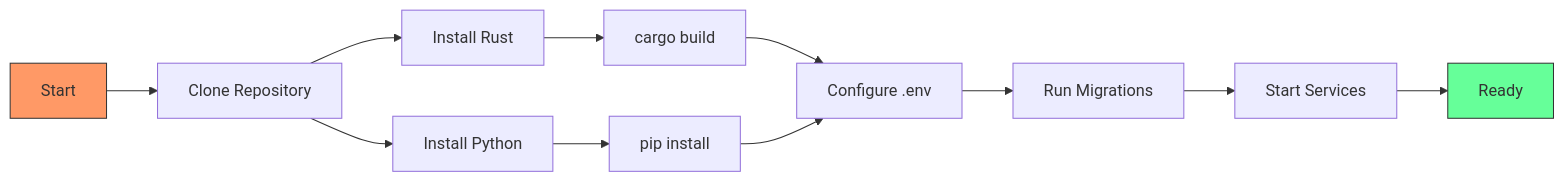
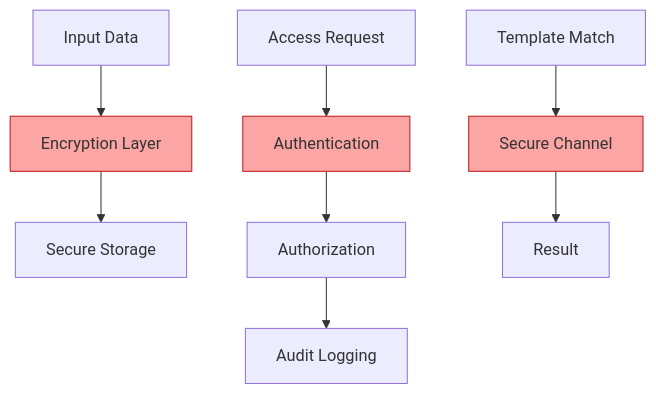
One commit to JtPerez-Acle/secure-biometric changed the fifth of 5 diagrams in README.md. Above: the diagram before and after it, drawn with Mermaid. The commit also changed other lines of this file and 71 other files, not shown here.

````diff
--- a/README.md
+++ b/README.md
@@ -322,15 +185,16 @@
 ```mermaid
-flowchart LR
-    A[Start] --> B[Clone Repository]
-    B --> C[Install Rust]
-    B --> D[Install Python]
-    C --> E[cargo build]
-    D --> F[pip install]
-    E & F --> G[Configure .env]
-    G --> H[Run Migrations]
-    H --> I[Start Services]
-    I --> J[Ready]
-
-    style A fill:#f96,stroke:#333
-    style J fill:#6f9,stroke:#333
+graph TD
+    A[Input Data] --> B[Encryption Layer]
+    B --> C[Secure Storage]
+    
+    D[Access Request] --> E[Authentication]
+    E --> F[Authorization]
+    F --> G[Audit Logging]
+    
+    H[Template Match] --> I[Secure Channel]
+    I --> J[Result]
+    
+    style B fill:#fca5a5,stroke:#b91c1c
+    style E fill:#fca5a5,stroke:#b91c1c
+    style I fill:#fca5a5,stroke:#b91c1c
 ```
````
